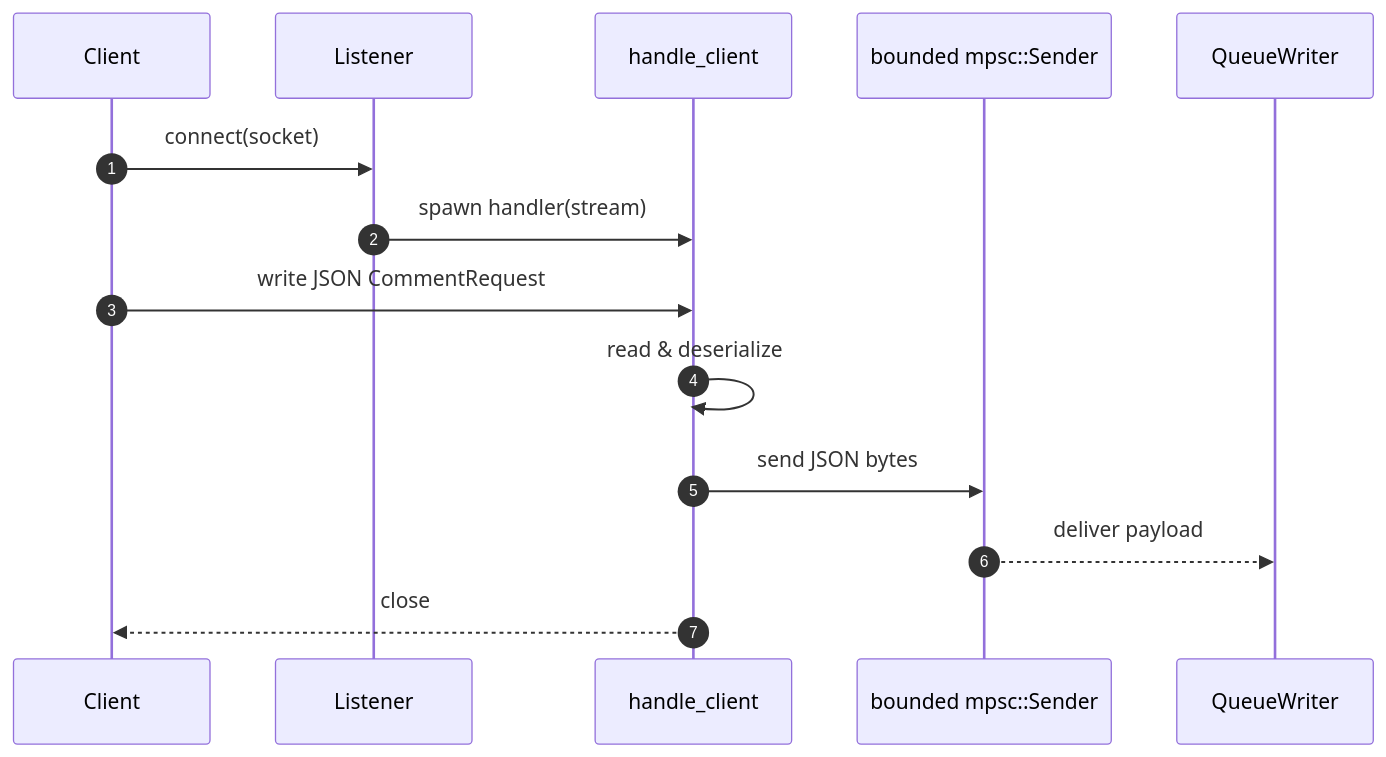
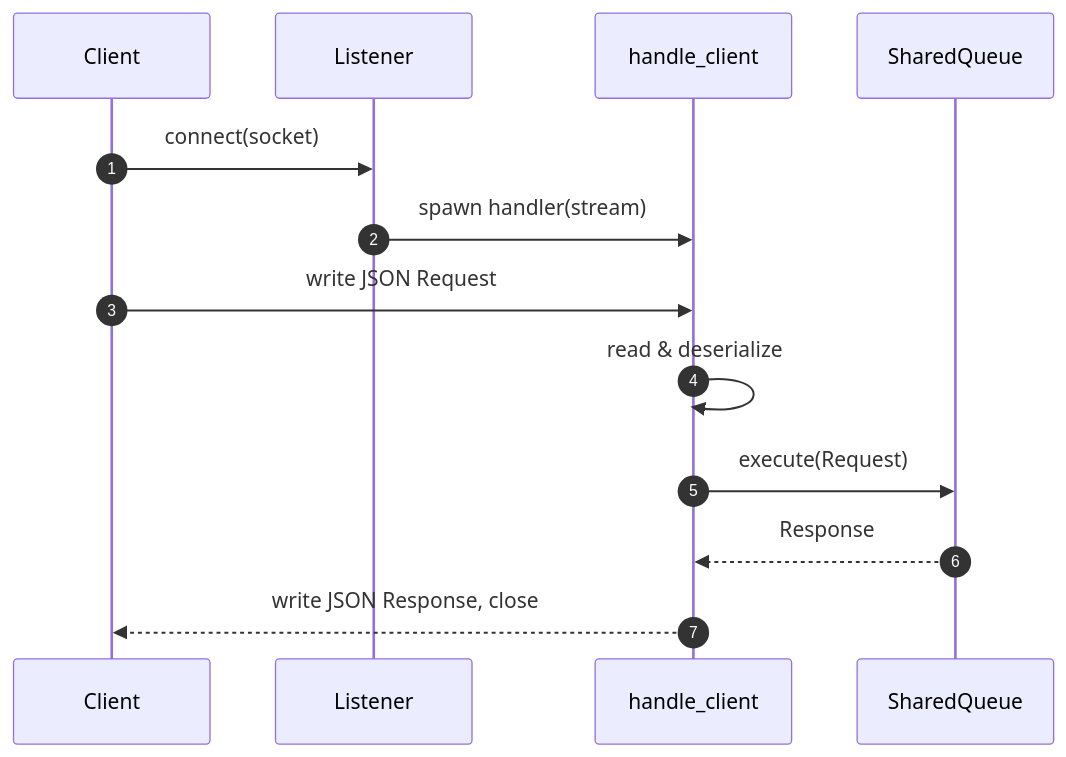
One commit to leynos/comenq changed the second of 3 diagrams in docs/comenq-design.md. Above: the diagram before and after it, drawn with Mermaid. The commit also changed other lines of this file and 11 other files, not shown here.

````diff
--- a/docs/comenq-design.md
+++ b/docs/comenq-design.md
@@ -380,17 +580,16 @@
 ```mermaid
 sequenceDiagram
   autonumber
   participant Client as Client
   participant L as Listener
   participant H as handle_client
-  participant TX as bounded mpsc::Sender
-  participant QW as QueueWriter
+  participant Q as SharedQueue
 
   Client->>L: connect(socket)
   L->>H: spawn handler(stream)
-  Client->>H: write JSON CommentRequest
+  Client->>H: write JSON Request
   H->>H: read & deserialize
-  H->>TX: send JSON bytes
-  TX-->>QW: deliver payload
-  H-->>Client: close
+  H->>Q: execute(Request)
+  Q-->>H: Response
+  H-->>Client: write JSON Response, close
 ```
````
